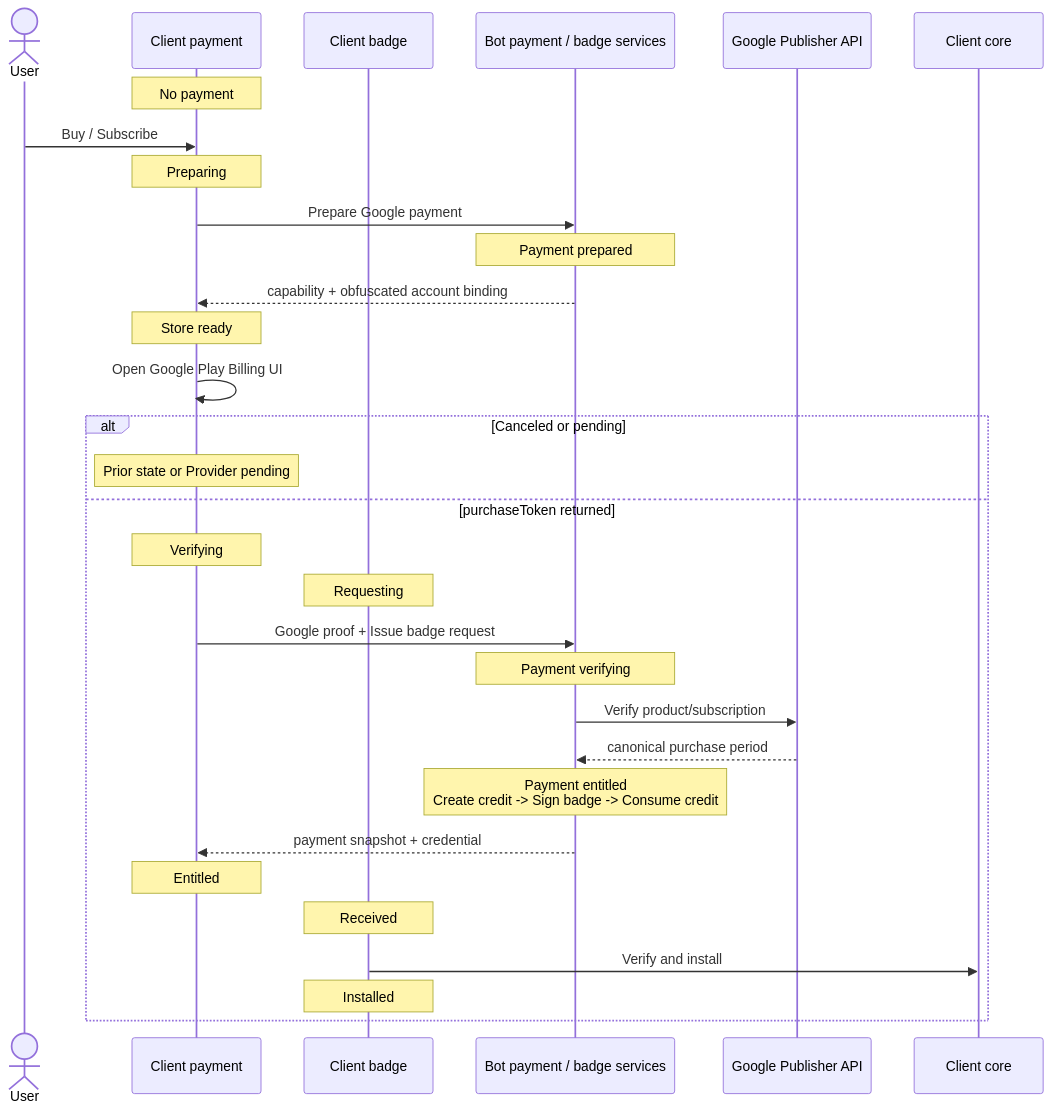
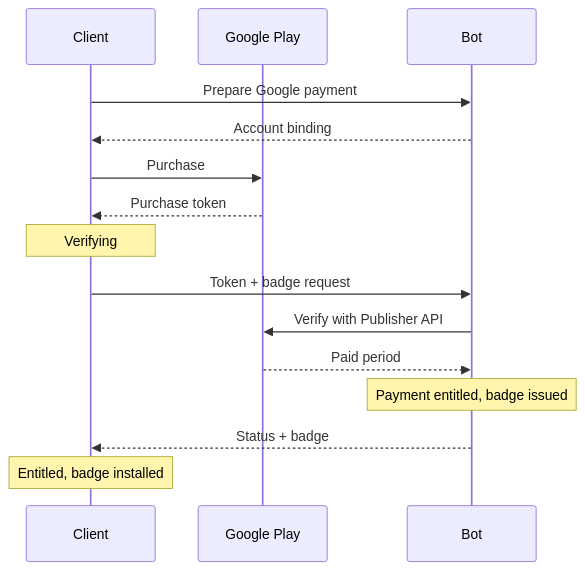
Before and after one commit to simplex-chat/simplex-chat: the fourth of 12 diagrams in plans/2026-07-20-supporter-badges-v2-product.md, drawn with Mermaid. The commit also changed other lines of this file and 1 other file, not shown here.

Commit message:
docs: streamline badge lifecycle plans

````diff
--- a/plans/2026-07-20-supporter-badges-v2-product.md
+++ b/plans/2026-07-20-supporter-badges-v2-product.md
@@ -145,34 +153,17 @@
 ```mermaid
 sequenceDiagram
-  actor U as User
-  participant CP as Client payment
-  participant CB as Client badge
-  participant B as Bot payment / badge services
-  participant G as Google Publisher API
-  participant Core as Client core
-
-  Note over CP: No payment
-  U->>CP: Buy / Subscribe
-  Note over CP: Preparing
-  CP->>B: Prepare Google payment
-  Note over B: Payment prepared
-  B-->>CP: capability + obfuscated account binding
-  Note over CP: Store ready
-  CP->>CP: Open Google Play Billing UI
-  alt Canceled or pending
-    Note over CP: Prior state or Provider pending
-  else purchaseToken returned
-    Note over CP: Verifying
-    Note over CB: Requesting
-    CP->>B: Google proof + Issue badge request
-    Note over B: Payment verifying
-    B->>G: Verify product/subscription
-    G-->>B: canonical purchase period
-    Note over B: Payment entitled<br/>Create credit -> Sign badge -> Consume credit
-    B-->>CP: payment snapshot + credential
-    Note over CP: Entitled
-    Note over CB: Received
-    CB->>Core: Verify and install
-    Note over CB: Installed
-  end
+  participant C as Client
+  participant G as Google Play
+  participant B as Bot
+  C->>B: Prepare Google payment
+  B-->>C: Account binding
+  C->>G: Purchase
+  G-->>C: Purchase token
+  Note over C: Verifying
+  C->>B: Token + badge request
+  B->>G: Verify with Publisher API
+  G-->>B: Paid period
+  Note over B: Payment entitled, badge issued
+  B-->>C: Status + badge
+  Note over C: Entitled, badge installed
 ```
````
